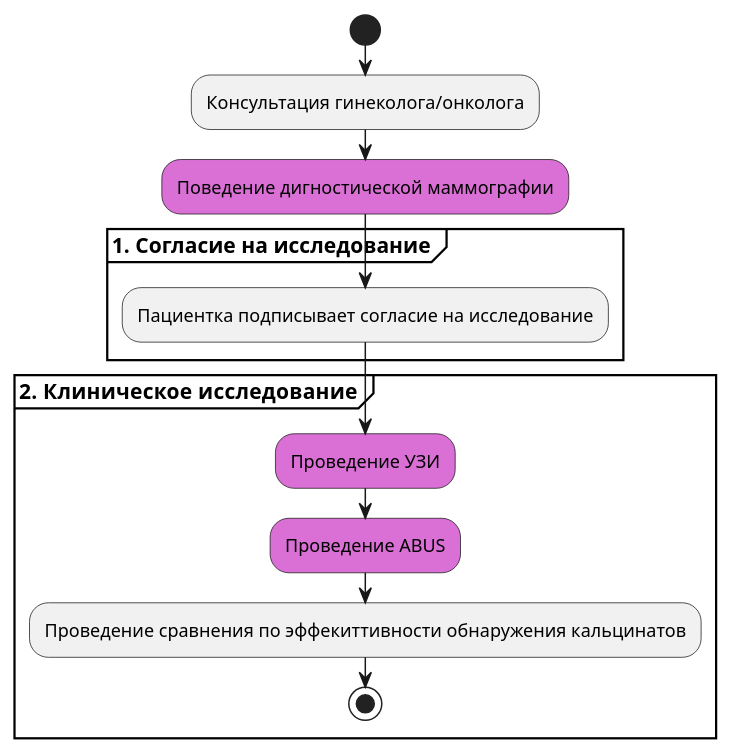
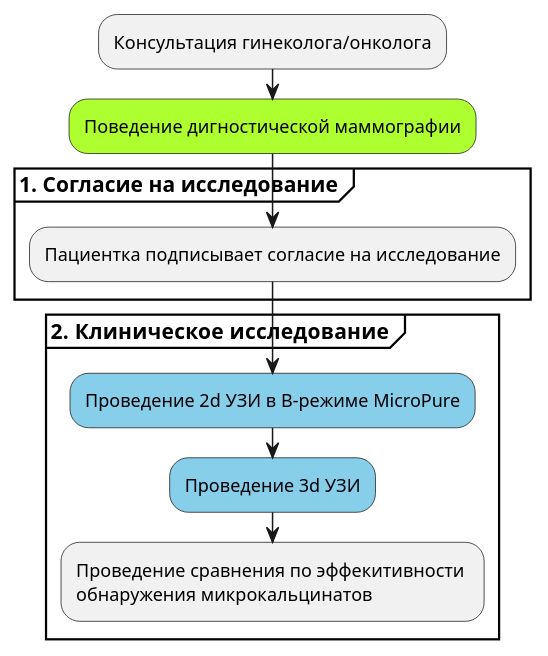
One commit to AndreyPovaliy/ABUS_US_diagnostics changed the diagram in Text_work/Articles/Calc_abus_accur/sheme1.puml. Above: the diagram before and after it, drawn with PlantUML. The commit also changed 137 other files, not shown here.

```diff
--- a/Text_work/Articles/Calc_abus_accur/sheme1.puml
+++ b/Text_work/Articles/Calc_abus_accur/sheme1.puml
@@ -1,20 +1,20 @@
 @startuml
-start
+
 :Консультация гинеколога/онколога;
 
-#Orchid:Поведение дигностической маммографии;
+#GreenYellow:Поведение дигностической маммографии;
 
 group <b>1. Согласие на исследование </b>
 :Пациентка подписывает согласие на исследование;
 end group
 
 group <b>2.  Клиническое исследование </b>
 
-#Orchid:Проведение УЗИ;
+#SkyBlue:Проведение 2d УЗИ в B-режиме MicroPure;
 
-#Orchid:Проведение ABUS;
+#SkyBlue:Проведение 3d УЗИ;
 
 
-:Проведение сравнения по эффекиттивности обнаружения кальцинатов;
-stop
+:Проведение сравнения по эффекитивности \nобнаружения микрокальцинатов;
+
 @endumll
```
